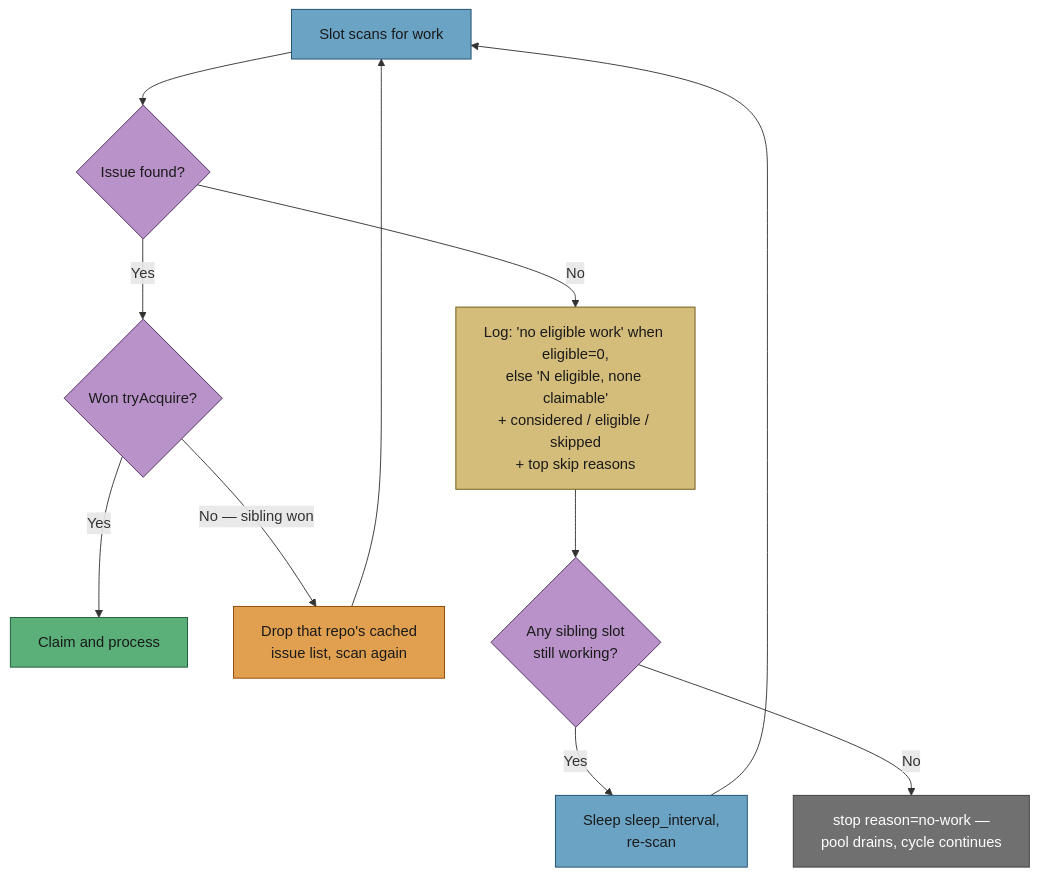
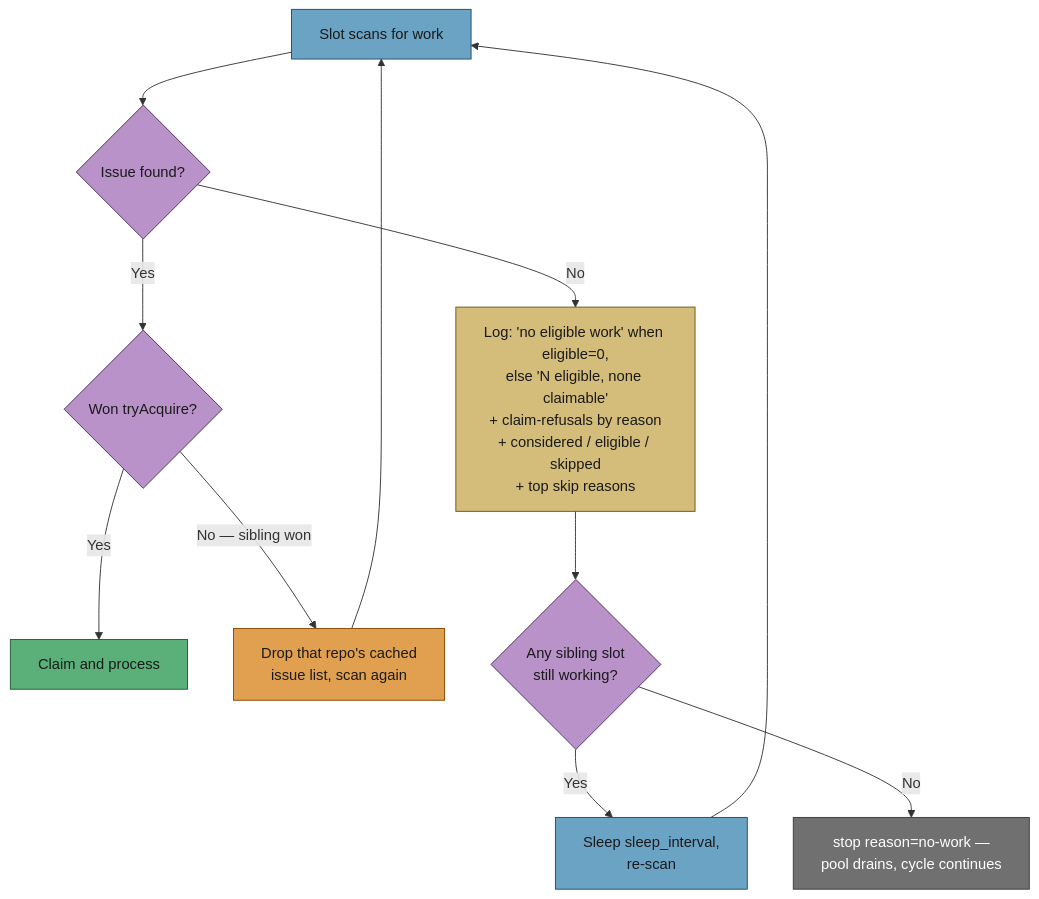
One commit to stSoftwareAU/VibeCoder changed the fourth of 6 diagrams in docs/workflows/resilience-and-concurrency.md. Above: the diagram before and after it, drawn with Mermaid. The commit also changed other lines of this file and 5 other files, not shown here.

First line of the commit message:
The no-work line names the claim path's refusals — "top-skips names what refused them" was false and hid a 23-hour deadlock (Issue #2404)

````diff
--- a/docs/workflows/resilience-and-concurrency.md
+++ b/docs/workflows/resilience-and-concurrency.md
@@ -235,22 +242,22 @@
 ```mermaid
 flowchart TD
   Scan["Slot scans for work"] --> Found{"Issue found?"}
   Found -->|Yes| Race{"Won tryAcquire?"}
   Race -->|Yes| Work["Claim and process"]
   Race -->|"No — sibling won"| Drop["Drop that repo's cached<br/>issue list, scan again"]
   Drop --> Scan
-  Found -->|No| Log["Log: 'no eligible work' when eligible=0,<br/>else 'N eligible, none claimable'<br/>+ considered / eligible / skipped<br/>+ top skip reasons"]
+  Found -->|No| Log["Log: 'no eligible work' when eligible=0,<br/>else 'N eligible, none claimable'<br/>+ claim-refusals by reason<br/>+ considered / eligible / skipped<br/>+ top skip reasons"]
   Log --> Sibling{"Any sibling slot<br/>still working?"}
   Sibling -->|Yes| Wait["Sleep sleep_interval,<br/>re-scan"]
   Wait --> Scan
   Sibling -->|No| Retire["stop reason=no-work —<br/>pool drains, cycle continues"]
   style Scan fill:#6ba3c4,stroke:#1d4a6a,color:#1a1a1a
   style Found fill:#b892c8,stroke:#4a2d5a,color:#1a1a1a
   style Race fill:#b892c8,stroke:#4a2d5a,color:#1a1a1a
   style Sibling fill:#b892c8,stroke:#4a2d5a,color:#1a1a1a
   style Work fill:#5ab078,stroke:#1d5a35,color:#1a1a1a
   style Drop fill:#e0a050,stroke:#8b4500,color:#1a1a1a
   style Log fill:#d4bc7a,stroke:#6b5510,color:#1a1a1a
   style Wait fill:#6ba3c4,stroke:#1d4a6a,color:#1a1a1a
   style Retire fill:#707070,stroke:#3a3a3a,color:#fff
 ```
````
